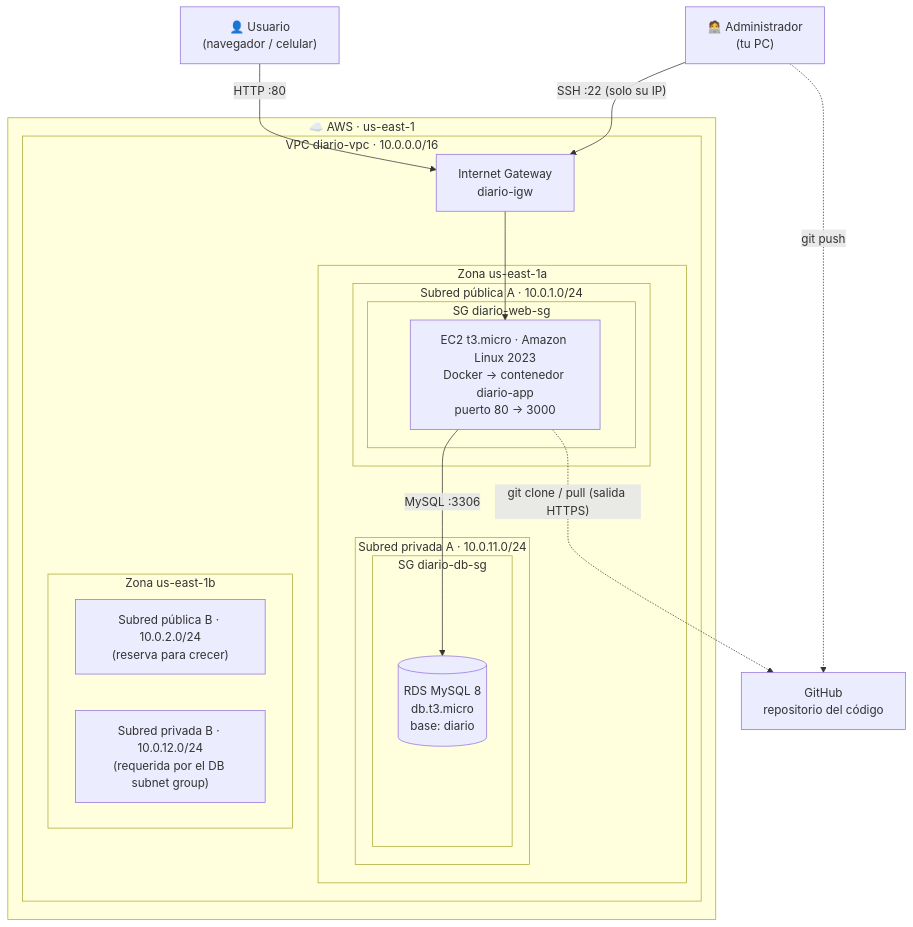
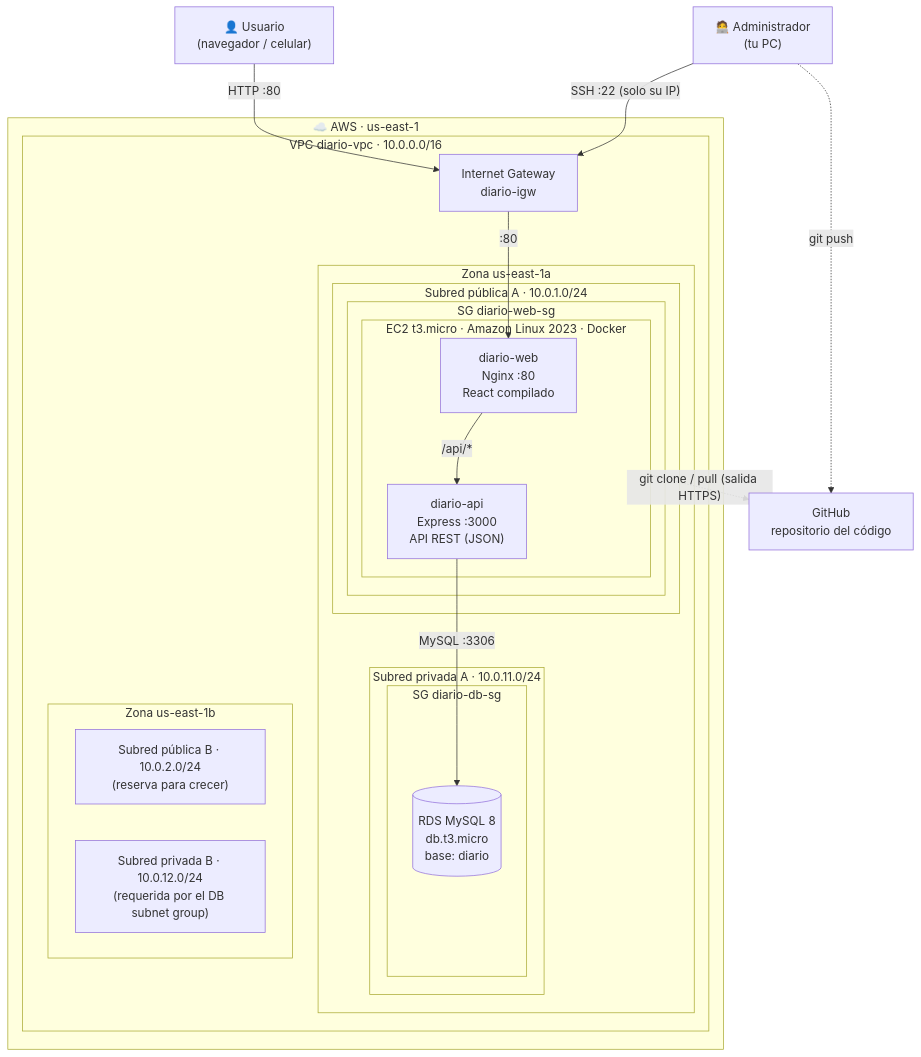
Before and after one commit to crissdav/despliegue-cloud: the first of 2 diagrams in docs/ARQUITECTURA.md, drawn with Mermaid. The commit also changed other lines of this file and 43 other files, not shown here.

Commit message:
feat: frontend en React + Vite servido por Nginx y backend como API REST

````diff
--- a/docs/ARQUITECTURA.md
+++ b/docs/ARQUITECTURA.md
@@ -16,37 +16,41 @@
 ```mermaid
 flowchart TB
     U["👤 Usuario<br/>(navegador / celular)"]
     A["🧑‍💻 Administrador<br/>(tu PC)"]
     GH["GitHub<br/>repositorio del código"]
 
     subgraph AWS["☁️ AWS · us-east-1"]
       subgraph VPC["VPC diario-vpc · 10.0.0.0/16"]
         IGW["Internet Gateway<br/>diario-igw"]
 
         subgraph AZA["Zona us-east-1a"]
           subgraph PUBA["Subred pública A · 10.0.1.0/24"]
             subgraph SGW["SG diario-web-sg"]
-              EC2["EC2 t3.micro · Amazon Linux 2023<br/>Docker → contenedor diario-app<br/>puerto 80 → 3000"]
+              subgraph EC2["EC2 t3.micro · Amazon Linux 2023 · Docker"]
+                WEB["diario-web<br/>Nginx :80<br/>React compilado"]
+                API["diario-api<br/>Express :3000<br/>API REST (JSON)"]
+                WEB -- "/api/*" --> API
+              end
             end
           end
           subgraph PRIVA["Subred privada A · 10.0.11.0/24"]
             subgraph SGD["SG diario-db-sg"]
               RDS[("RDS MySQL 8<br/>db.t3.micro<br/>base: diario")]
             end
           end
         end
 
         subgraph AZB["Zona us-east-1b"]
           PUBB["Subred pública B · 10.0.2.0/24<br/>(reserva para crecer)"]
           PRIVB["Subred privada B · 10.0.12.0/24<br/>(requerida por el DB subnet group)"]
         end
       end
     end
 
     U -- "HTTP :80" --> IGW
     A -- "SSH :22 (solo su IP)" --> IGW
-    IGW --> EC2
-    EC2 -- "MySQL :3306" --> RDS
+    IGW -- ":80" --> WEB
+    API -- "MySQL :3306" --> RDS
     EC2 -. "git clone / pull (salida HTTPS)" .-> GH
     A -. "git push" .-> GH
 ```
````
